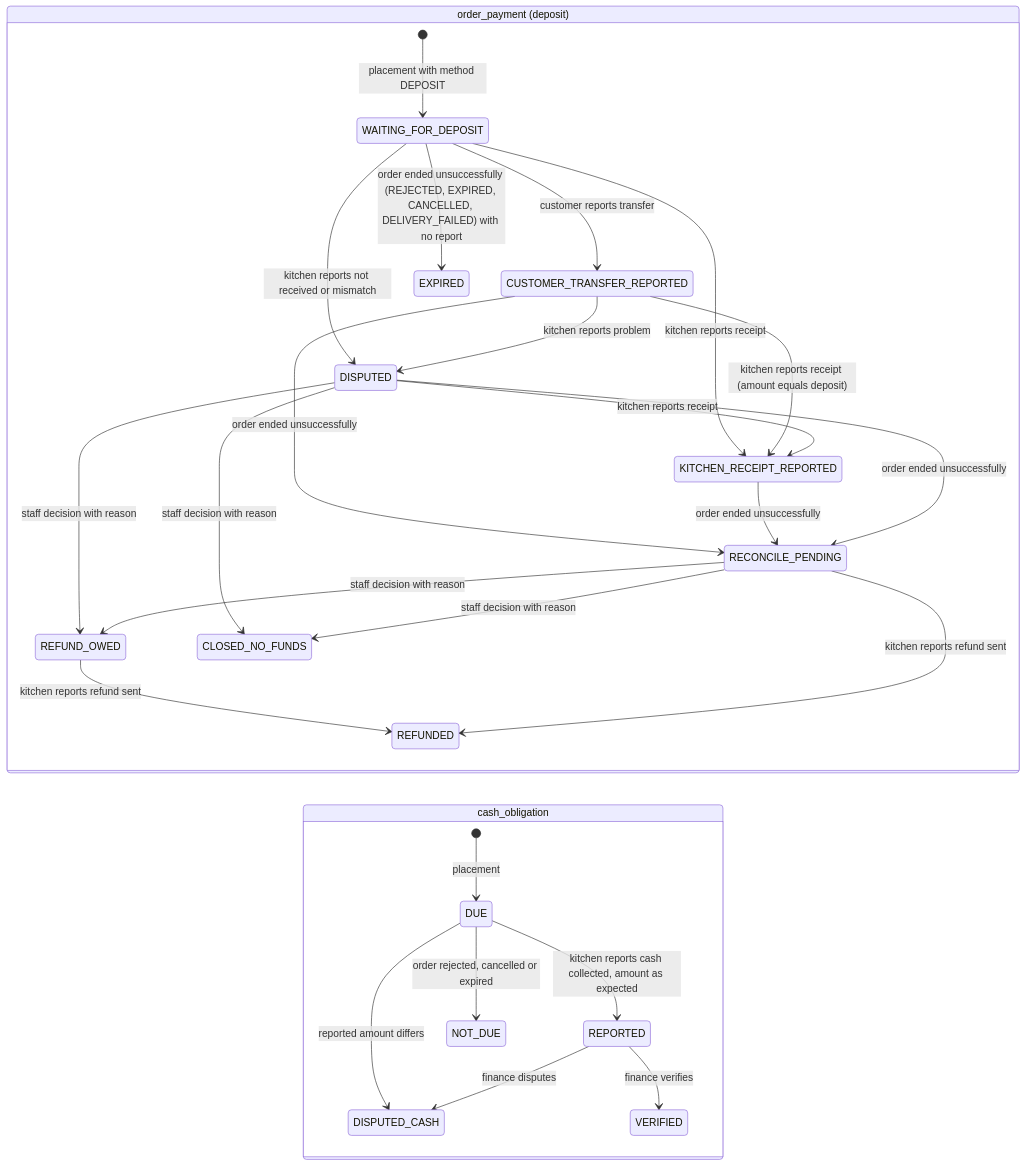
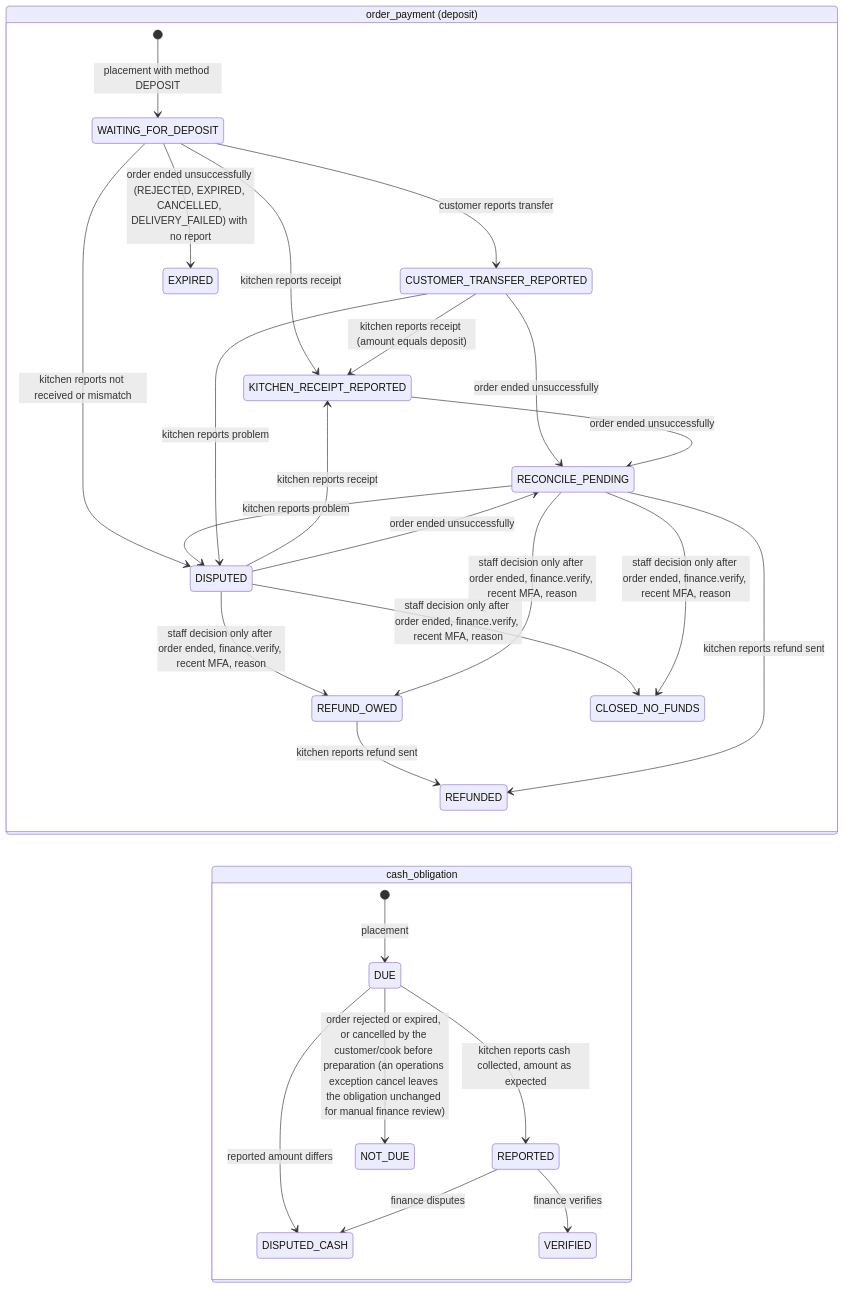
Before and after one commit to afawzy70/Matbakhy-v1: diagram 11 of 14 in docs/developer-handbook/03-architecture/diagrams.md, drawn with Mermaid. The commit also changed 12 other files, not shown here.

First line of the commit message:
Round-2 review fixes: nested-fence and root-link handling in the gate, diagram and lab corrections, owner case wording for the kc-admin host

````diff
--- a/docs/developer-handbook/03-architecture/diagrams.md
+++ b/docs/developer-handbook/03-architecture/diagrams.md
@@ -310,31 +310,32 @@
 ```mermaid
 stateDiagram-v2
     direction LR
     state "order_payment (deposit)" as dep {
         [*] --> WAITING_FOR_DEPOSIT: placement with method DEPOSIT
         WAITING_FOR_DEPOSIT --> CUSTOMER_TRANSFER_REPORTED: customer reports transfer
         WAITING_FOR_DEPOSIT --> KITCHEN_RECEIPT_REPORTED: kitchen reports receipt
         CUSTOMER_TRANSFER_REPORTED --> KITCHEN_RECEIPT_REPORTED: kitchen reports receipt (amount equals deposit)
         DISPUTED --> KITCHEN_RECEIPT_REPORTED: kitchen reports receipt
         WAITING_FOR_DEPOSIT --> DISPUTED: kitchen reports not received or mismatch
+        RECONCILE_PENDING --> DISPUTED: kitchen reports problem
         CUSTOMER_TRANSFER_REPORTED --> DISPUTED: kitchen reports problem
         WAITING_FOR_DEPOSIT --> EXPIRED: order ended unsuccessfully (REJECTED, EXPIRED, CANCELLED, DELIVERY_FAILED) with no report
         CUSTOMER_TRANSFER_REPORTED --> RECONCILE_PENDING: order ended unsuccessfully
         KITCHEN_RECEIPT_REPORTED --> RECONCILE_PENDING: order ended unsuccessfully
         DISPUTED --> RECONCILE_PENDING: order ended unsuccessfully
-        DISPUTED --> REFUND_OWED: staff decision with reason
-        RECONCILE_PENDING --> REFUND_OWED: staff decision with reason
-        DISPUTED --> CLOSED_NO_FUNDS: staff decision with reason
-        RECONCILE_PENDING --> CLOSED_NO_FUNDS: staff decision with reason
+        DISPUTED --> REFUND_OWED: staff decision only after order ended, finance.verify, recent MFA, reason
+        RECONCILE_PENDING --> REFUND_OWED: staff decision only after order ended, finance.verify, recent MFA, reason
+        DISPUTED --> CLOSED_NO_FUNDS: staff decision only after order ended, finance.verify, recent MFA, reason
+        RECONCILE_PENDING --> CLOSED_NO_FUNDS: staff decision only after order ended, finance.verify, recent MFA, reason
         REFUND_OWED --> REFUNDED: kitchen reports refund sent
         RECONCILE_PENDING --> REFUNDED: kitchen reports refund sent
     }
     state "cash_obligation" as cash {
         [*] --> DUE: placement
         DUE --> REPORTED: kitchen reports cash collected, amount as expected
         DUE --> DISPUTED_CASH: reported amount differs
         REPORTED --> VERIFIED: finance verifies
         REPORTED --> DISPUTED_CASH: finance disputes
-        DUE --> NOT_DUE: order rejected, cancelled or expired
+        DUE --> NOT_DUE: order rejected or expired, or cancelled by the customer/cook before preparation (an operations exception cancel leaves the obligation unchanged for manual finance review)
     }
 ```
````
